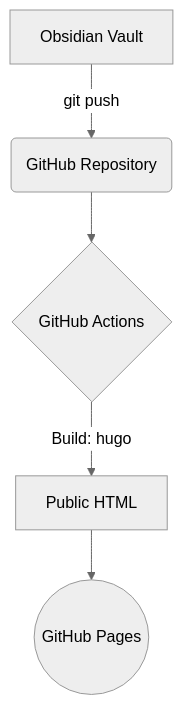
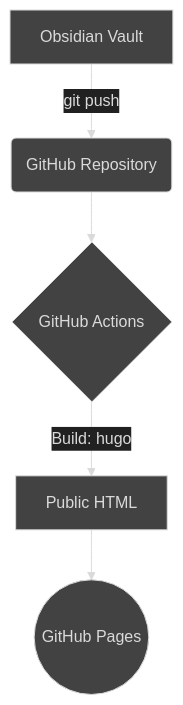
Before and after one commit to schmusch/schmusch.github.io: the diagram in content/projects/portfolio-setup.md, drawn with Mermaid.

Commit message:
Update Mermaid diagram colors to match Coder dark theme

```diff
--- a/content/projects/portfolio-setup.md
+++ b/content/projects/portfolio-setup.md
@@ -34,8 +34,21 @@
 {{<mermaid>}}
-%%{init: {'theme': 'neutral'}}%%
+%%{init: {
+  'theme': 'base',
+  'themeVariables': {
+    'primaryColor': '#424242',
+    'primaryTextColor': '#dadada',
+    'primaryBorderColor': '#4f4f4f',
+    'lineColor': '#dadada',
+    'secondaryColor': '#212121',
+    'tertiaryColor': '#212121',
+    'nodeBorder': '#dadada',
+    'mainBkg': '#424242',
+    'edgeLabelBackground': '#212121'
+  }
+}}%%
 graph TD
     A[Obsidian Vault] -->|git push| B(GitHub Repository)
     B --> C{GitHub Actions}
     C -->|Build: hugo| D[Public HTML]
     D --> E((GitHub Pages))
 {{</mermaid>}}
```
